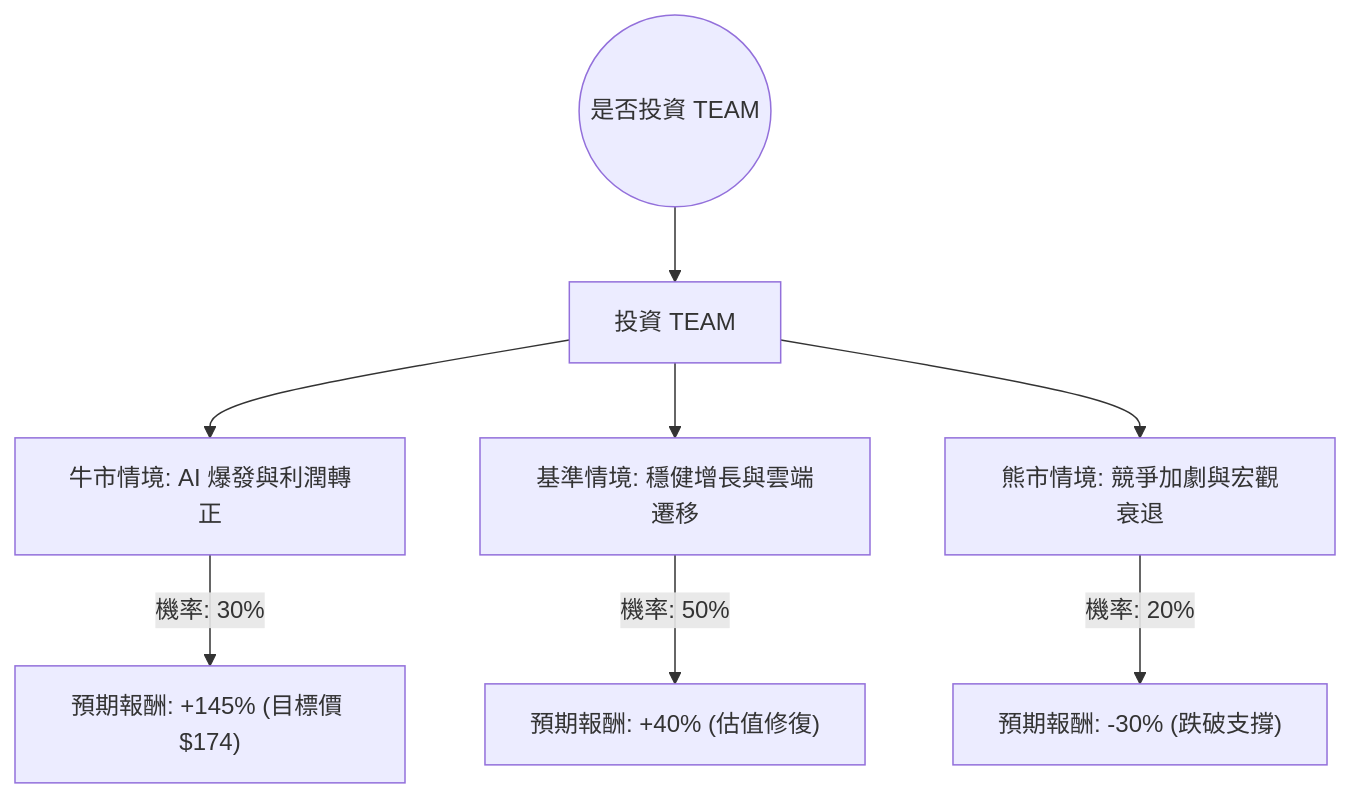
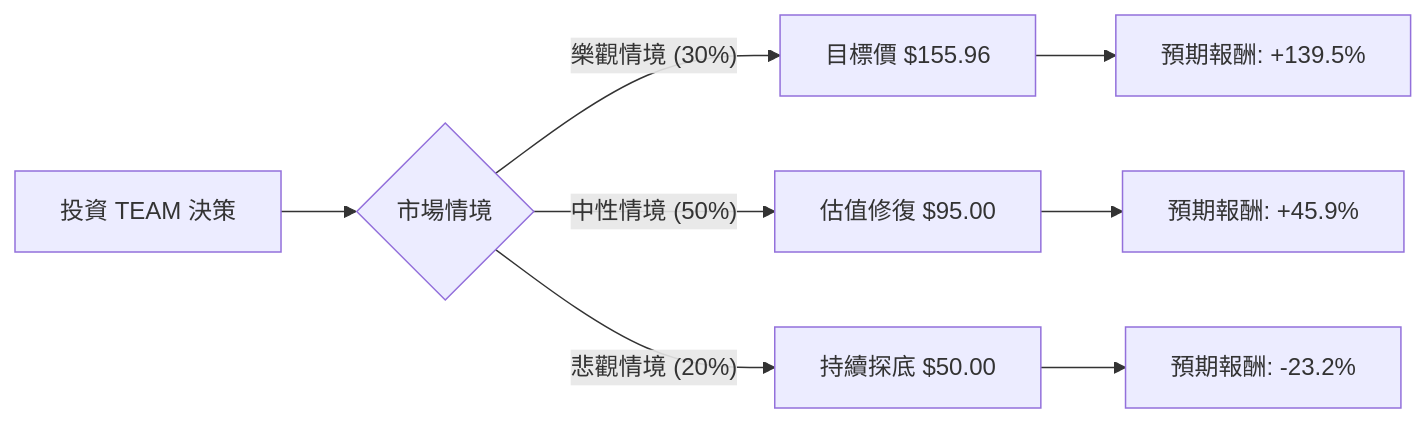
Before and after one commit to zmcx16/zmcx16.github.io: the diagram in plugin-react/ai-analysis/ev-analysis/TEAM.md, drawn with Mermaid. The commit also changed other lines of this file and 70 other files, not shown here.

````diff
--- a/plugin-react/ai-analysis/ev-analysis/TEAM.md
+++ b/plugin-react/ai-analysis/ev-analysis/TEAM.md
@@ -21,12 +19,13 @@
 ```mermaid
-graph TD
-    Start((是否投資 TEAM)) --> Invest[投資 TEAM]
+graph LR
+    A[投資 TEAM 決策] --> B{市場情境}
     
-    Invest --> Bull[牛市情境: AI 爆發與利潤轉正]
-    Invest --> Base[基準情境: 穩健增長與雲端遷移]
-    Invest --> Bear[熊市情境: 競爭加劇與宏觀衰退]
-
-    Bull -- "機率: 30%" --> BullVal["預期報酬: +145% (目標價 $174)"]
-    Base -- "機率: 50%" --> BaseVal["預期報酬: +40% (估值修復)"]
-    Bear -- "機率: 20%" --> BearVal["預期報酬: -30% (跌破支撐)"]
+    B -- 樂觀情境 (30%) --> C[目標價 $155.96]
+    C --> C1[預期報酬: +139.5%]
+    
+    B -- 中性情境 (50%) --> D[估值修復 $95.00]
+    D --> D1[預期報酬: +45.9%]
+    
+    B -- 悲觀情境 (20%) --> E[持續探底 $50.00]
+    E --> E1[預期報酬: -23.2%]
 ```
````
